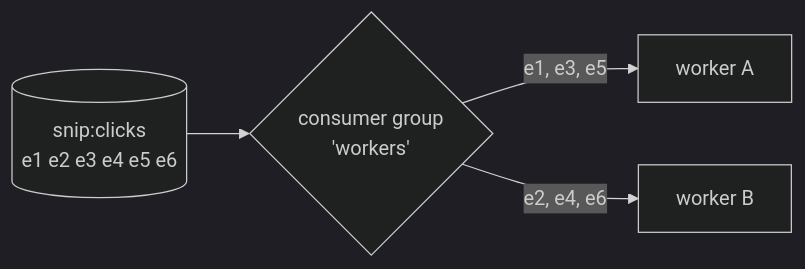
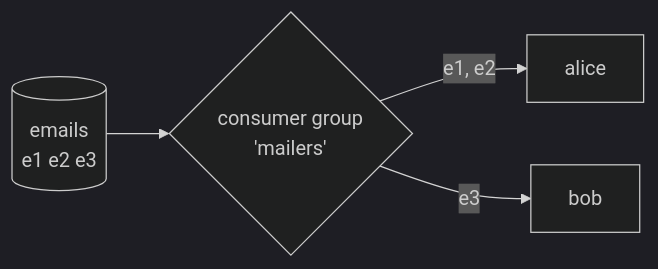
One commit to jawwadzafar/zero-to-prod changed the second of 4 diagrams in docs/distributed/queues-and-background-work.mdx. Above: the diagram before and after it, drawn with Mermaid (dark theme). The commit also changed other lines of this file, not shown here.

Commit message:
docs: 8.2 teaches queues on a signup-email example and a hands-on redis-cli session (produce, consumer groups, ack, pending, XAUTOCLAIM, delivery counts) before snip's click worker, which now arrives as the payoff; generic outbox example; a diagnostic question on stuck pending messages

````diff
--- a/docs/distributed/queues-and-background-work.mdx
+++ b/docs/distributed/queues-and-background-work.mdx
@@ -86,6 +99,6 @@
 ```mermaid
 flowchart LR
-    S[("snip:clicks<br/>e1 e2 e3 e4 e5 e6")] --> G{"consumer group<br/>'workers'"}
-    G -->|"e1, e3, e5"| W1["worker A"]
-    G -->|"e2, e4, e6"| W2["worker B"]
+    S[("emails<br/>e1 e2 e3")] --> G{"consumer group<br/>'mailers'"}
+    G -->|"e1, e2"| W1["alice"]
+    G -->|"e3"| W2["bob"]
 ```
````
